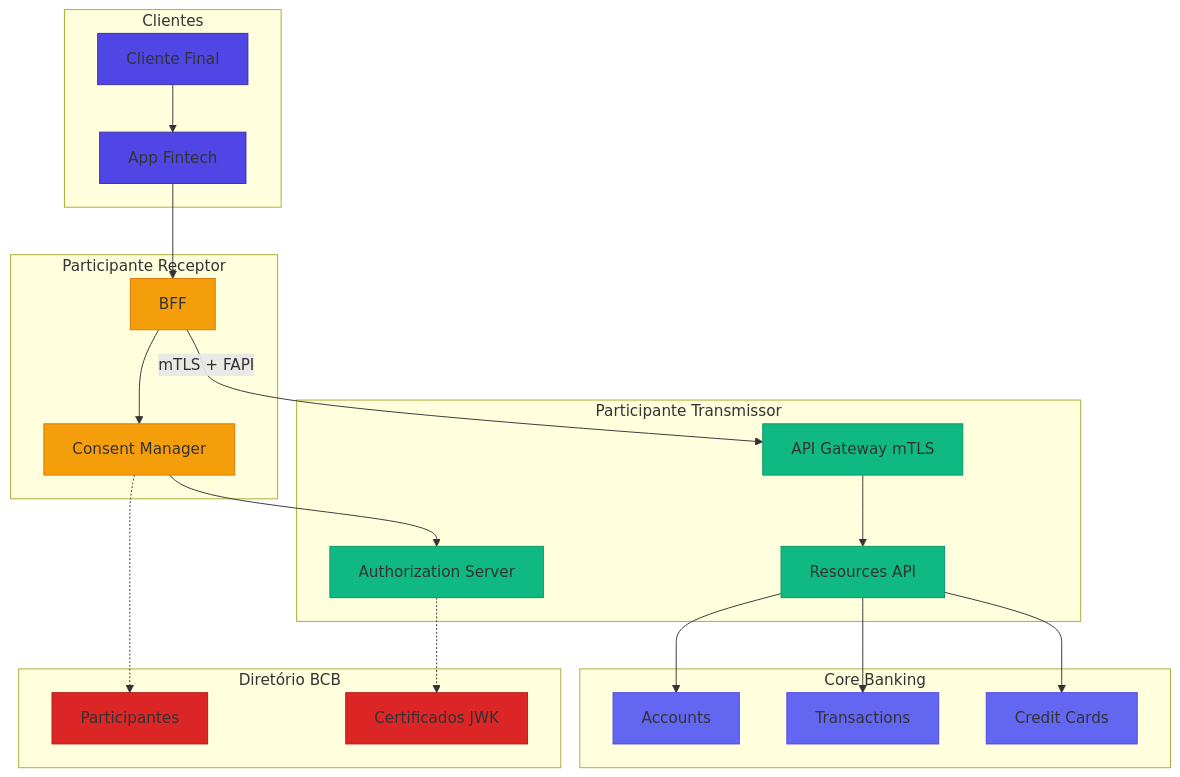
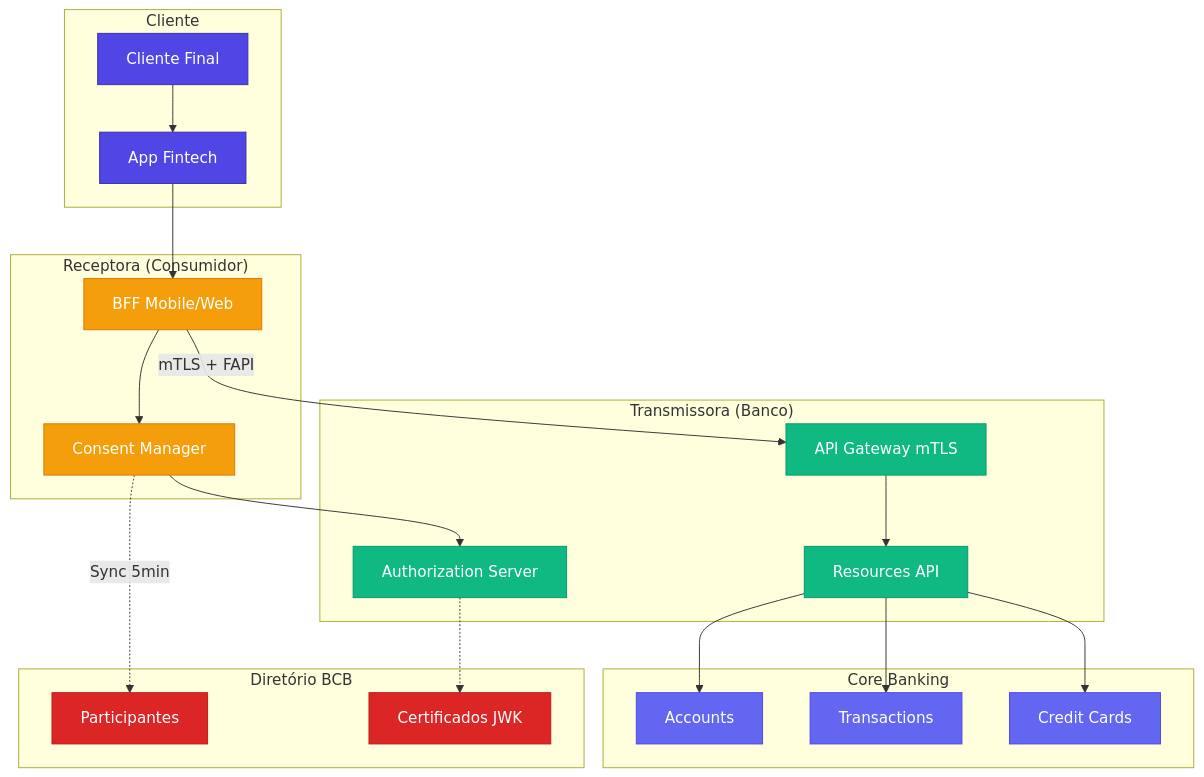
One commit to mateussiqueira/banking-stack changed the second of 4 diagrams in packages/docs/challenges/05-open-finance.md. Above: the diagram before and after it, drawn with Mermaid. The commit also changed other lines of this file and 80 other files, not shown here.

First line of the commit message:
roadmap fases 1-4: interatividade, quizzes, gamificacao, flashcards

````diff
--- a/packages/docs/challenges/05-open-finance.md
+++ b/packages/docs/challenges/05-open-finance.md
@@ -45,53 +148,53 @@
 ```mermaid
-graph TB
-    subgraph "Clientes"
+flowchart TB
+    subgraph "Cliente"
       USER[Cliente Final]
       APP[App Fintech]
     end
 
-    subgraph "Participante Receptor"
-      BFF[BFF]
+    subgraph "Receptora (Consumidor)"
+      BFF[BFF Mobile/Web]
       CONSENT_MGR[Consent Manager]
     end
 
-    subgraph "Participante Transmissor"
+    subgraph "Transmissora (Banco)"
       GW[API Gateway mTLS]
       AUTH[Authorization Server]
       RES_SVC[Resources API]
     end
 
     subgraph "Core Banking"
       ACCOUNTS[Accounts]
       TXS[Transactions]
       CREDIT[Credit Cards]
     end
 
     subgraph "Diretório BCB"
       DIR[Participantes]
       CERTS[Certificados JWK]
     end
 
     USER --> APP
     APP --> BFF
     BFF --> CONSENT_MGR
     CONSENT_MGR --> AUTH
     BFF -->|mTLS + FAPI| GW
     GW --> RES_SVC
     RES_SVC --> ACCOUNTS
     RES_SVC --> TXS
     RES_SVC --> CREDIT
-    CONSENT_MGR -.-> DIR
+    CONSENT_MGR -.->|Sync 5min| DIR
     AUTH -.-> CERTS
 
-    classDef client fill:#4f46e5,stroke:#3730a3;
-    classDef receiver fill:#f59e0b,stroke:#d97706;
-    classDef transmitter fill:#10b981,stroke:#059669;
-    classDef core fill:#6366f1,stroke:#4f46e5;
-    classDef directory fill:#dc2626,stroke:#b91c1c;
+    classDef client fill:#4f46e5,stroke:#3730a3,color:#fff
+    classDef receiver fill:#f59e0b,stroke:#d97706,color:#fff
+    classDef transmitter fill:#10b981,stroke:#059669,color:#fff
+    classDef core fill:#6366f1,stroke:#4f46e5,color:#fff
+    classDef directory fill:#dc2626,stroke:#b91c1c,color:#fff
 
-    class USER,APP client;
-    class BFF,CONSENT_MGR receiver;
-    class GW,AUTH,RES_SVC transmitter;
-    class ACCOUNTS,TXS,CREDIT core;
-    class DIR,CERTS directory;
+    class USER,APP client
+    class BFF,CONSENT_MGR receiver
+    class GW,AUTH,RES_SVC transmitter
+    class ACCOUNTS,TXS,CREDIT core
+    class DIR,CERTS directory
 ```
````
